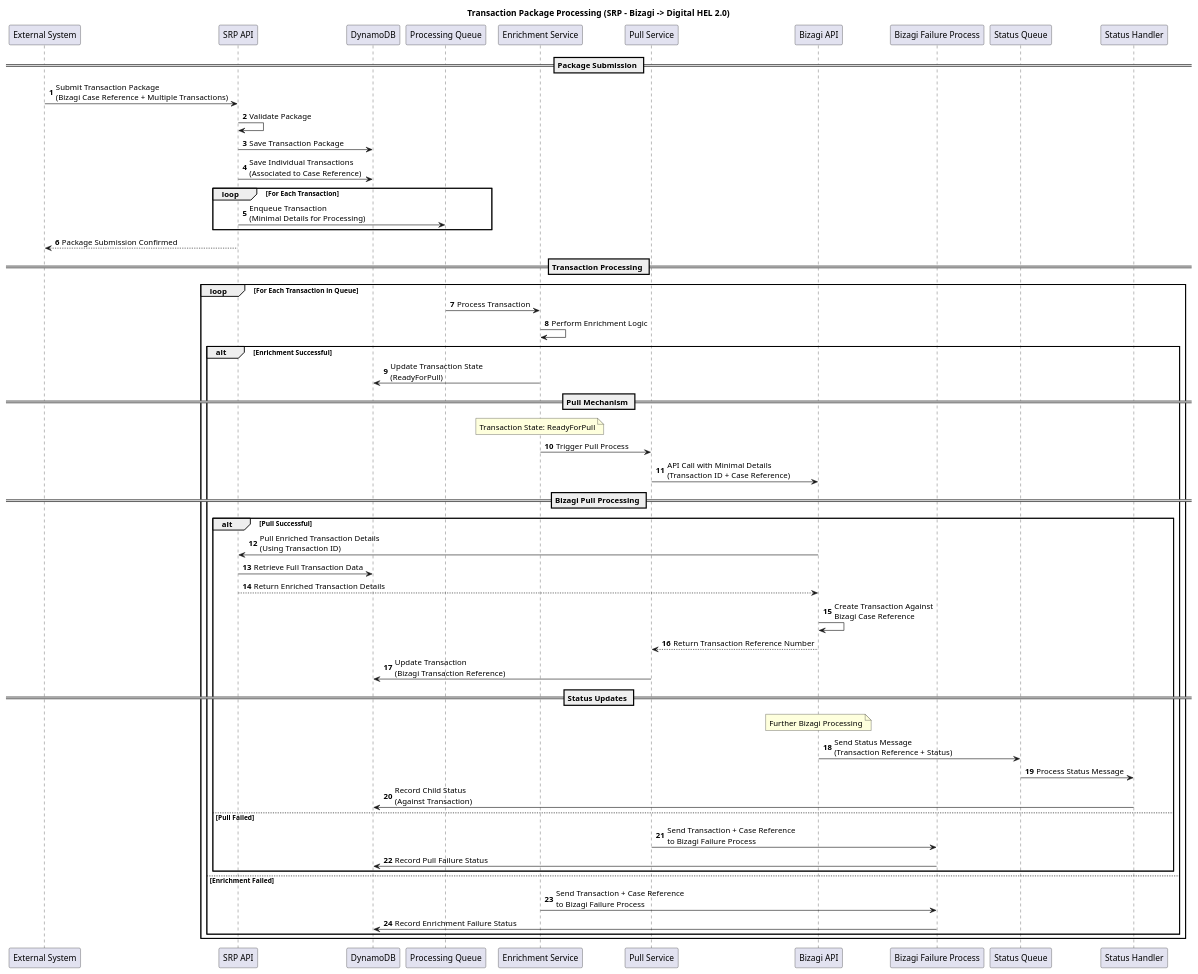
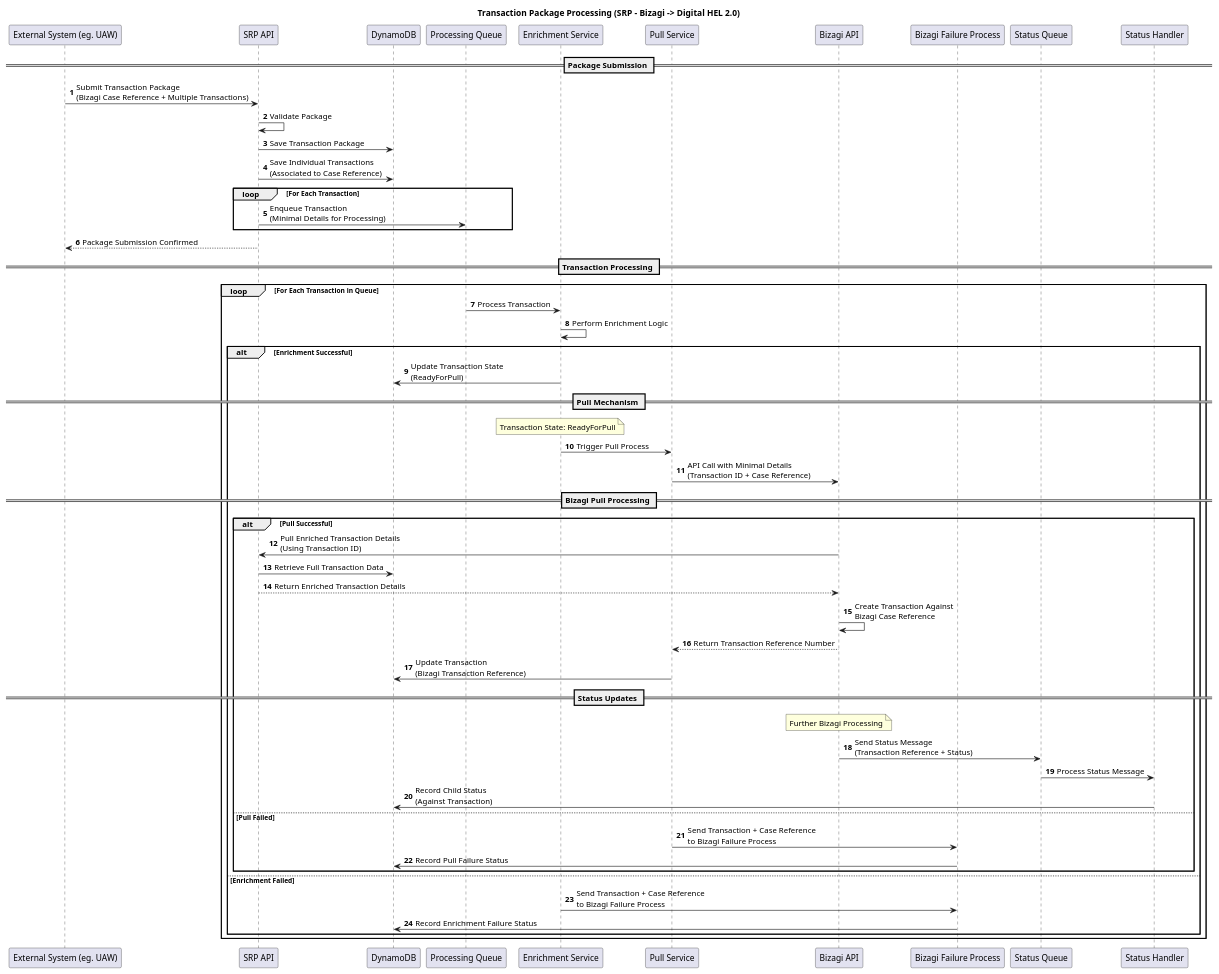
The diagram in docs/diagrams/Transaction Package Processing - Sequence Diagram.puml (fbenyah/om-case-management-api), drawn with PlantUML before and after one commit.

Commit message:
refac: external system

```diff
--- a/docs/diagrams/Transaction Package Processing - Sequence Diagram.puml
+++ b/docs/diagrams/Transaction Package Processing - Sequence Diagram.puml
@@ -1,68 +1,68 @@
 @startuml
 title Transaction Package Processing (SRP - Bizagi -> Digital HEL 2.0)
 autonumber
 
-participant "External System" as External
+participant "External System (eg. UAW)" as External
 participant "SRP API" as SRP
 participant "DynamoDB" as DynamoDB
 participant "Processing Queue" as Queue
 participant "Enrichment Service" as Enrichment
 participant "Pull Service" as Pull
 participant "Bizagi API" as Bizagi
 participant "Bizagi Failure Process" as FailureProcess
 participant "Status Queue" as StatusQueue
 participant "Status Handler" as StatusHandler
 
 == Package Submission ==
 External -> SRP : Submit Transaction Package\n(Bizagi Case Reference + Multiple Transactions)
 SRP -> SRP : Validate Package
 SRP -> DynamoDB : Save Transaction Package
 SRP -> DynamoDB : Save Individual Transactions\n(Associated to Case Reference)
 
 loop For Each Transaction
     SRP -> Queue : Enqueue Transaction\n(Minimal Details for Processing)
 end
 
 SRP --> External : Package Submission Confirmed
 
 == Transaction Processing ==
 loop For Each Transaction in Queue
     Queue -> Enrichment : Process Transaction
     Enrichment -> Enrichment : Perform Enrichment Logic
     
     alt Enrichment Successful
         Enrichment -> DynamoDB : Update Transaction State\n(ReadyForPull)
 
         == Pull Mechanism ==
         note over Enrichment : Transaction State: ReadyForPull
         Enrichment -> Pull : Trigger Pull Process
         Pull -> Bizagi : API Call with Minimal Details\n(Transaction ID + Case Reference)
         
         == Bizagi Pull Processing ==
         alt Pull Successful
             Bizagi -> SRP : Pull Enriched Transaction Details\n(Using Transaction ID)
             SRP -> DynamoDB : Retrieve Full Transaction Data
             SRP --> Bizagi : Return Enriched Transaction Details
             
             Bizagi -> Bizagi : Create Transaction Against\nBizagi Case Reference
             Bizagi --> Pull : Return Transaction Reference Number
             Pull -> DynamoDB : Update Transaction\n(Bizagi Transaction Reference)
             
             == Status Updates ==
             note over Bizagi : Further Bizagi Processing
             Bizagi -> StatusQueue : Send Status Message\n(Transaction Reference + Status)
             
             StatusQueue -> StatusHandler : Process Status Message
             StatusHandler -> DynamoDB : Record Child Status\n(Against Transaction)
         else Pull Failed
             Pull -> FailureProcess : Send Transaction + Case Reference\nto Bizagi Failure Process
             FailureProcess -> DynamoDB : Record Pull Failure Status
         end
         
     else Enrichment Failed
         Enrichment -> FailureProcess : Send Transaction + Case Reference\nto Bizagi Failure Process
         FailureProcess -> DynamoDB : Record Enrichment Failure Status
     end
 end
 
 @enduml
```
